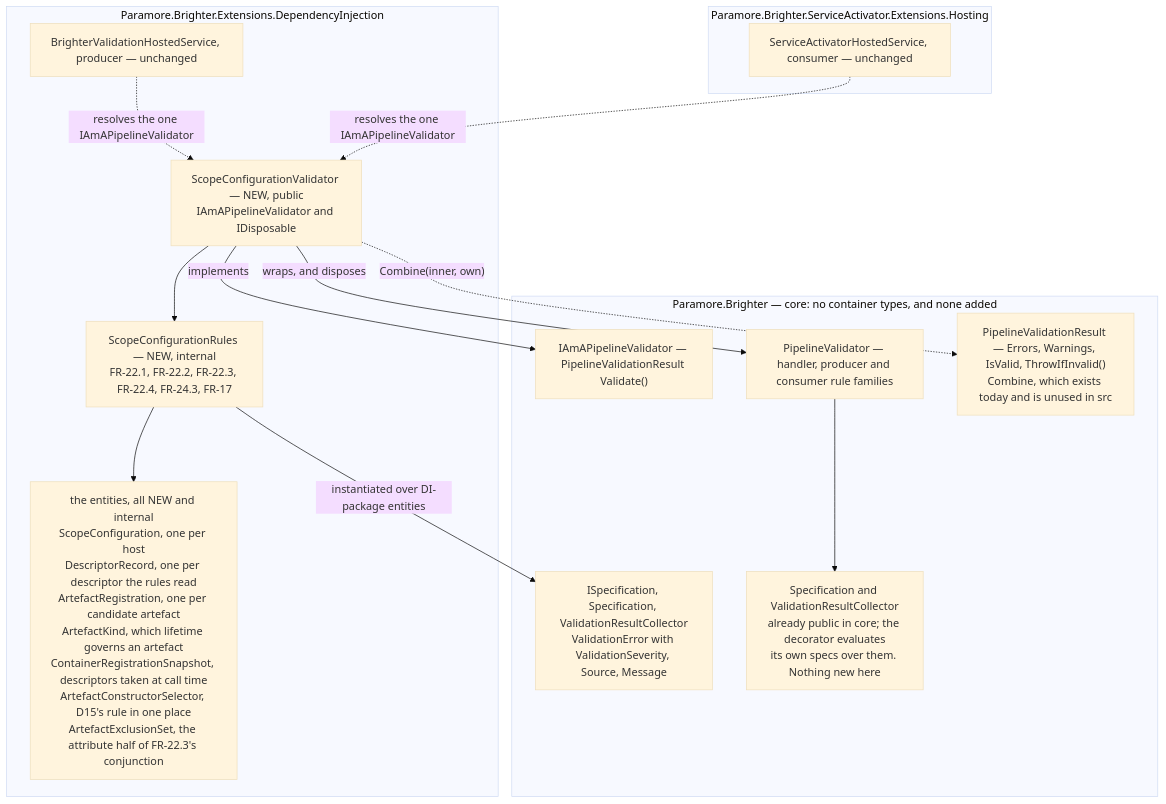
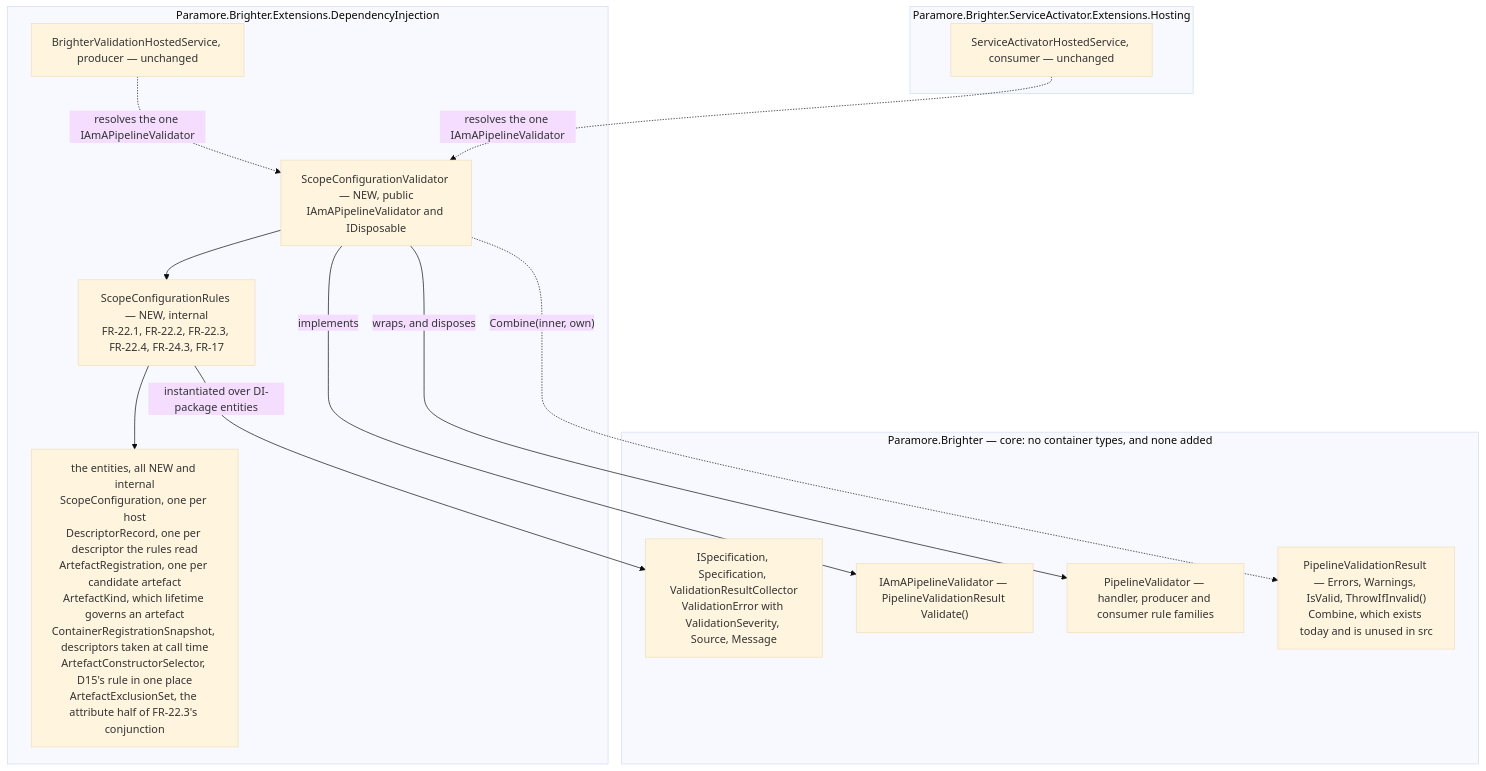
Before and after one commit to BrighterCommand/Brighter: the second of 2 diagrams in docs/adr/0074-lifetime-validation-evaluation-site.md, drawn with Mermaid (base theme). The commit also changed other lines of this file, not shown here.

````diff
--- a/docs/adr/0074-lifetime-validation-evaluation-site.md
+++ b/docs/adr/0074-lifetime-validation-evaluation-site.md
@@ -134,31 +134,29 @@
 ```mermaid
 flowchart TB
     subgraph core["Paramore.Brighter — core: no container types, and none added"]
         iface["IAmAPipelineValidator — PipelineValidationResult Validate()"]
         pv["PipelineValidator — handler, producer and consumer rule families"]
         result["PipelineValidationResult — Errors, Warnings, IsValid, ThrowIfInvalid()<br/>Combine, which exists today and is unused in src"]
         specs["ISpecification, Specification, ValidationResultCollector<br/>ValidationError with ValidationSeverity, Source, Message"]
-        eval["Specification and ValidationResultCollector<br/>already public in core; the decorator evaluates<br/>its own specs over them. Nothing new here"]
-        pv --> eval
     end
 
     subgraph di["Paramore.Brighter.Extensions.DependencyInjection"]
         dec["ScopeConfigurationValidator — NEW, public<br/>IAmAPipelineValidator and IDisposable"]
         rules["ScopeConfigurationRules — NEW, internal<br/>FR-22.1, FR-22.2, FR-22.3, FR-22.4, FR-24.3, FR-17"]
         h1["BrighterValidationHostedService, producer — unchanged"]
         ents["the entities, all NEW and internal<br/>ScopeConfiguration, one per host<br/>DescriptorRecord, one per descriptor the rules read<br/>ArtefactRegistration, one per candidate artefact<br/>ArtefactKind, which lifetime governs an artefact<br/>ContainerRegistrationSnapshot, descriptors taken at call time<br/>ArtefactConstructorSelector, D15's rule in one place<br/>ArtefactExclusionSet, the attribute half of FR-22.3's conjunction"]
         dec --> rules
         rules --> ents
     end
 
     subgraph hosting["Paramore.Brighter.ServiceActivator.Extensions.Hosting"]
         h2["ServiceActivatorHostedService, consumer — unchanged"]
     end
 
     dec -- "implements" --> iface
     dec -- "wraps, and disposes" --> pv
     dec -. "Combine(inner, own)" .-> result
     rules -- "instantiated over DI-package entities" --> specs
     h1 -. "resolves the one IAmAPipelineValidator" .-> dec
     h2 -. "resolves the one IAmAPipelineValidator" .-> dec
 ```
````
